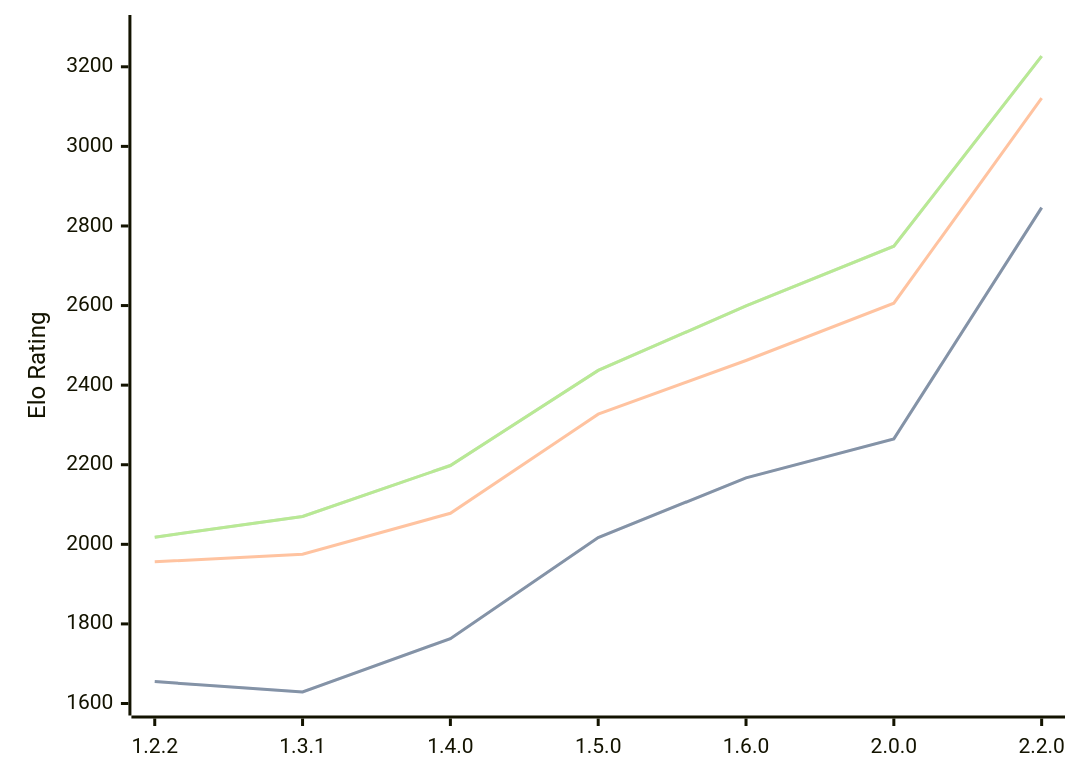
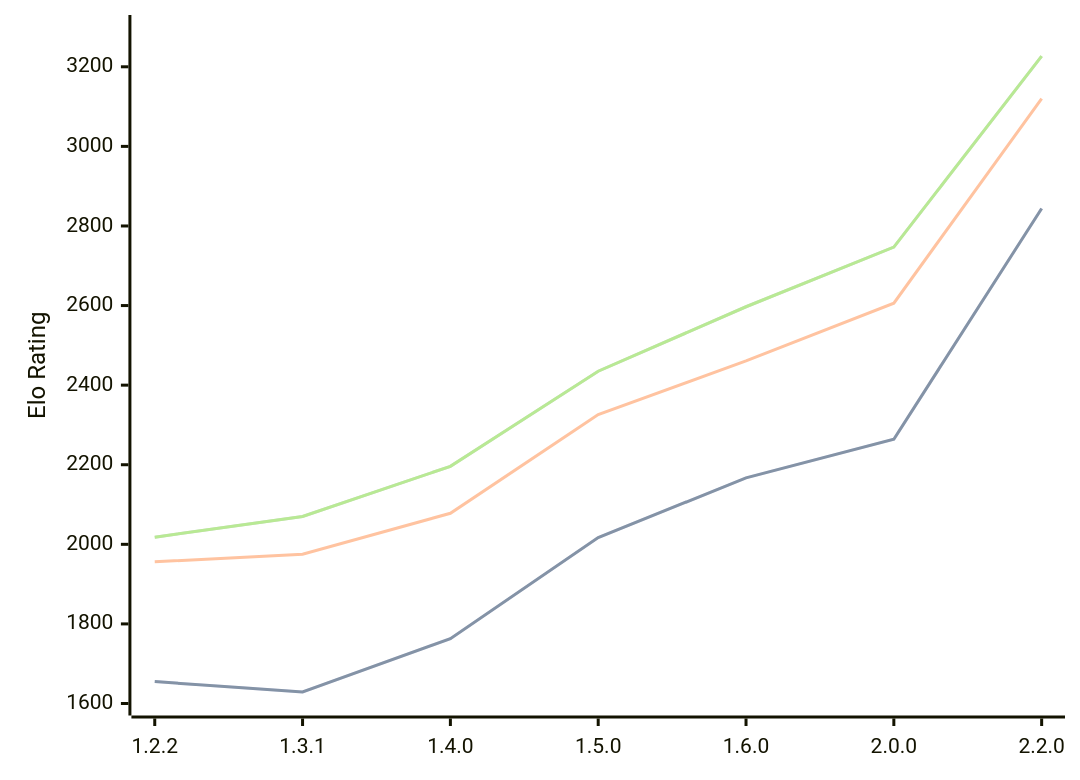
The third of 3 diagrams in engines/SoloEngine.md (computer-chess-index/cci), drawn with Mermaid before and after one commit. The commit also changed other lines of this file, not shown here.

Commit message:
Update CCI Ratings (ELO VLTC) - 2026-07-15

````diff
--- a/engines/SoloEngine.md
+++ b/engines/SoloEngine.md
@@ -71,11 +71,11 @@
 ```mermaid
 %%{init: {"theme":"base","themeVariables":{"seriesColors:['#a3a3a3','#222221','#faa371']}}}%%
 xychart-beta
   x-axis ["1.2.2", "1.3.1", "1.4.0", "1.5.0", "1.6.0", "2.0.0", "2.2.0"]
   y-axis "Elo Rating" 1600 --> 3300
-  line "STC (8.0+0.08s)" [1655, 1629, 1763, 2017, 2167, 2265, 2846]
-  line "STC (8.0+0.08s)" [1655, 1629, 1763, 2017, 2167, 2265, 2846]
-  line "LTC (60.0+0.60s)" [1956, 1975, 2078, 2327, 2462, 2606, 3121]
-  line "VLTC (2m24s+1.12s)" [2018, 2070, 2198, 2437, 2599, 2749, 3227]
-  line "VLTC (2m24s+1.12s)" [2018, 2070, 2198, 2437, 2599, 2749, 3227]
+  line "STC (8.0+0.08s)" [1655, 1629, 1763, 2017, 2167, 2264, 2844]
+  line "STC (8.0+0.08s)" [1655, 1629, 1763, 2017, 2167, 2264, 2844]
+  line "LTC (60.0+0.60s)" [1956, 1975, 2078, 2326, 2461, 2606, 3120]
+  line "VLTC (2m24s+1.12s)" [2018, 2070, 2196, 2435, 2597, 2747, 3227]
+  line "VLTC (2m24s+1.12s)" [2018, 2070, 2196, 2435, 2597, 2747, 3227]
 ```
````
